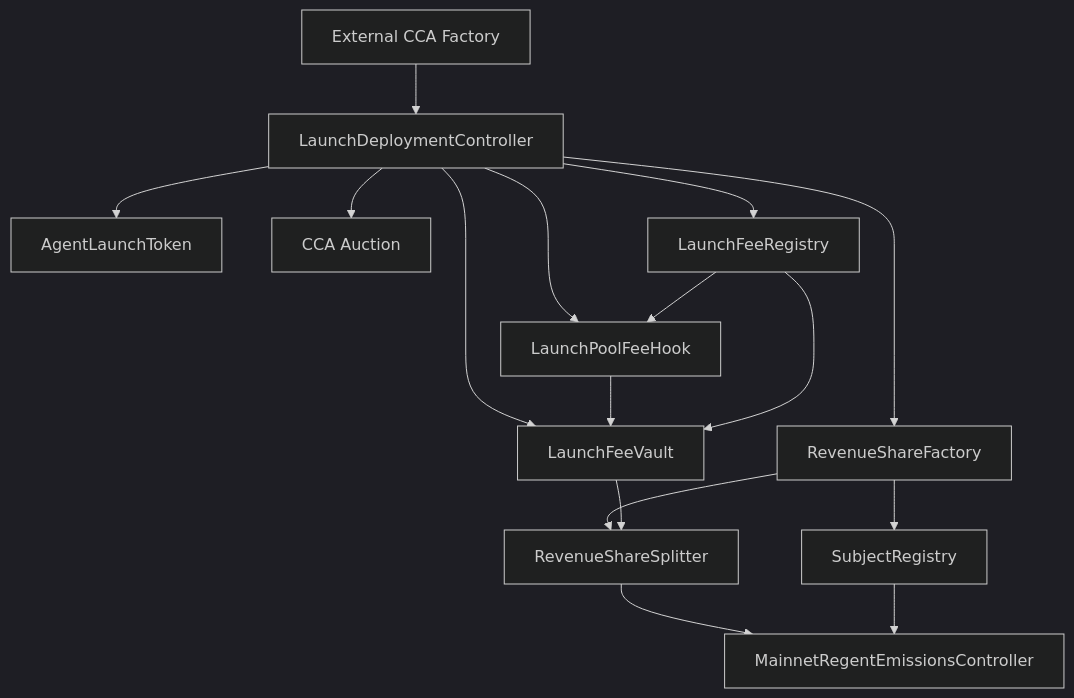
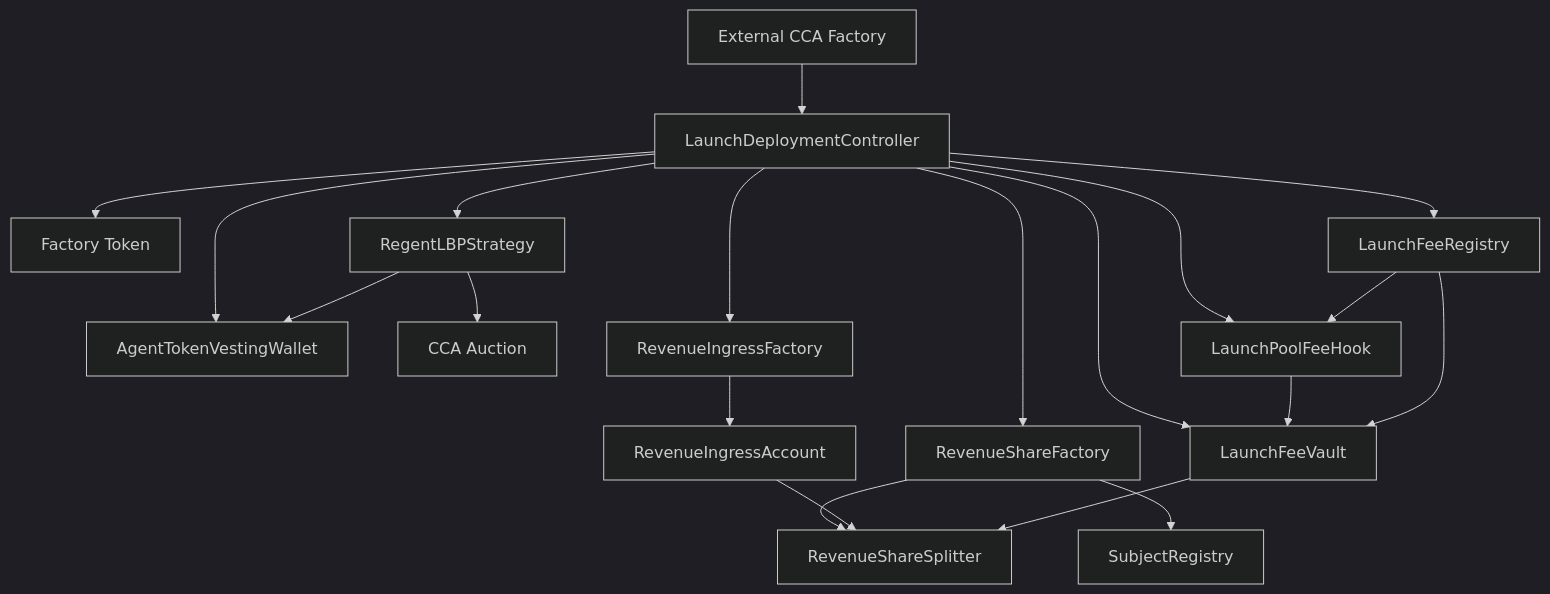
The diagram in contracts/docs/ARCHITECTURE_GUIDE.md (regent-ai/autolaunch), drawn with Mermaid (dark theme) before and after one commit. The commit also changed other lines of this file and 31 other files, not shown here.

Commit message:
feat(contracts): replace the emissions-era launch stack

````diff
--- a/contracts/docs/ARCHITECTURE_GUIDE.md
+++ b/contracts/docs/ARCHITECTURE_GUIDE.md
@@ -28,21 +31,25 @@
 ```mermaid
 flowchart TD
     CCA["External CCA Factory"] --> CTRL["LaunchDeploymentController"]
-    CTRL --> TOKEN["AgentLaunchToken"]
-    CTRL --> AUCTION["CCA Auction"]
+    CTRL --> TOKEN["Factory Token"]
+    CTRL --> VEST["AgentTokenVestingWallet"]
+    CTRL --> STRAT["RegentLBPStrategy"]
+    STRAT --> AUCTION["CCA Auction"]
     CTRL --> REG["LaunchFeeRegistry"]
     CTRL --> VAULT["LaunchFeeVault"]
     CTRL --> HOOK["LaunchPoolFeeHook"]
     CTRL --> FACTORY["RevenueShareFactory"]
+    CTRL --> INGRESS_FACTORY["RevenueIngressFactory"]
 
     FACTORY --> SUBJECT["SubjectRegistry"]
     FACTORY --> SPLITTER["RevenueShareSplitter"]
+    INGRESS_FACTORY --> INGRESS["RevenueIngressAccount"]
+    INGRESS --> SPLITTER
+    STRAT --> VEST
 
     HOOK --> VAULT
     REG --> HOOK
     REG --> VAULT
     VAULT --> SPLITTER
 
-    SPLITTER --> EMISSIONS["MainnetRegentEmissionsController"]
-    SUBJECT --> EMISSIONS
 ```
````
